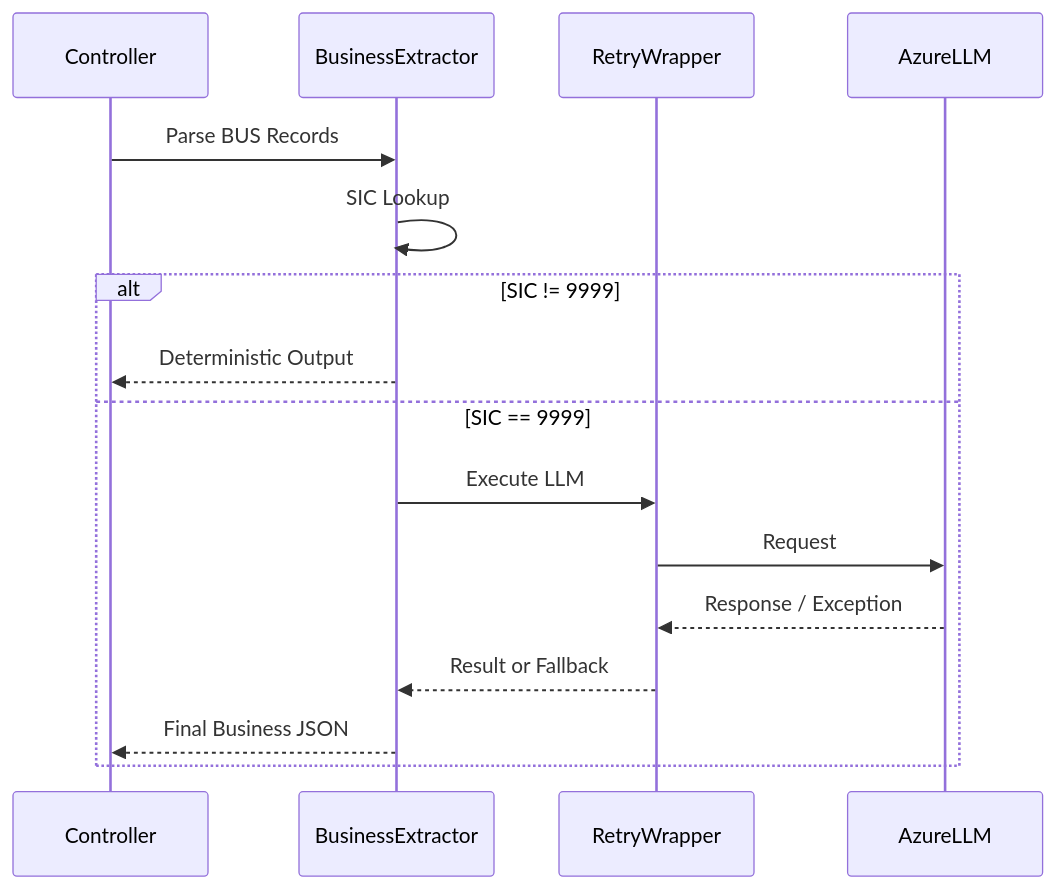
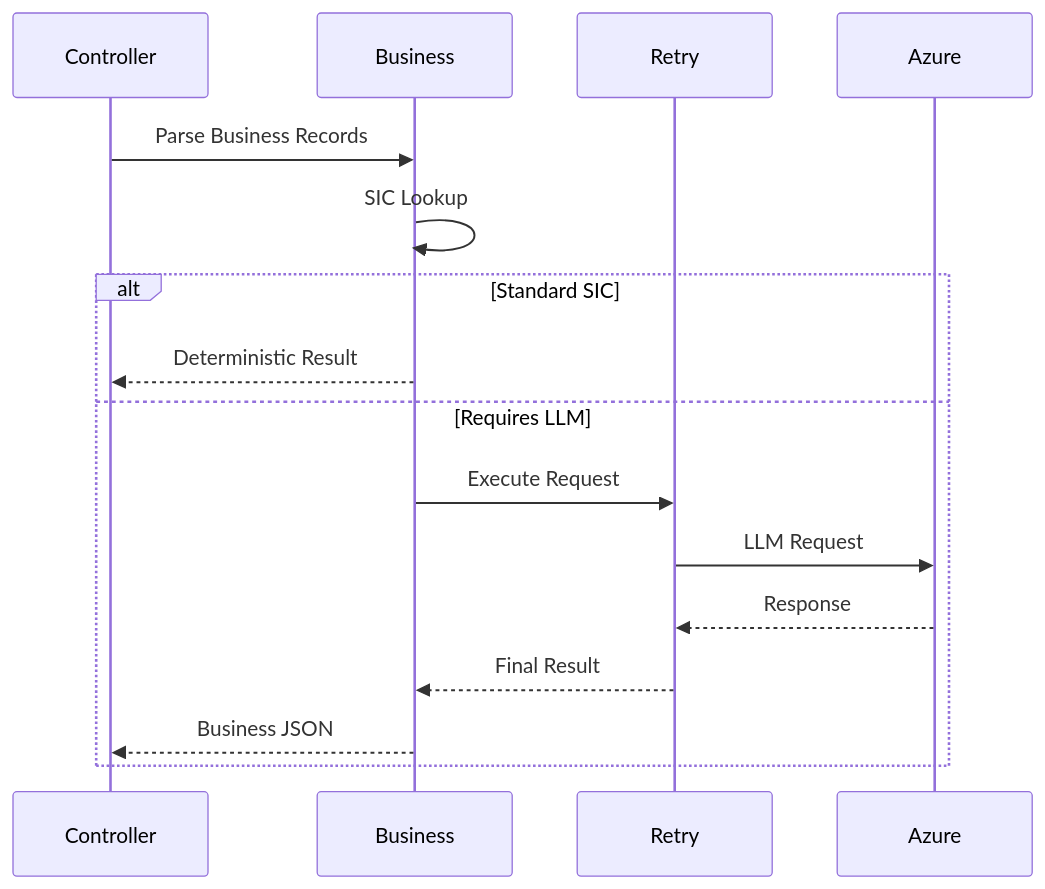
The sixth of 7 diagrams in compumark_business_detailed.md (Divyanshu-karma/learning_of_json_structures_comparision), drawn with Mermaid before and after one commit. The commit also changed other lines of this file, not shown here.

````diff
--- a/compumark_business_detailed.md
+++ b/compumark_business_detailed.md
@@ -229,19 +245,30 @@
 ```mermaid
 sequenceDiagram
-    participant Controller
-    participant BusinessExtractor
-    participant RetryWrapper
-    participant AzureLLM
 
-    Controller->>BusinessExtractor: Parse BUS Records
-    BusinessExtractor->>BusinessExtractor: SIC Lookup
-    alt SIC != 9999
-        BusinessExtractor-->>Controller: Deterministic Output
-    else SIC == 9999
-        BusinessExtractor->>RetryWrapper: Execute LLM
-        RetryWrapper->>AzureLLM: Request
-        AzureLLM-->>RetryWrapper: Response / Exception
-        RetryWrapper-->>BusinessExtractor: Result or Fallback
-        BusinessExtractor-->>Controller: Final Business JSON
-    end
+participant Controller
+participant Business
+participant Retry
+participant Azure
+
+Controller->>Business: Parse Business Records
+
+Business->>Business: SIC Lookup
+
+alt Standard SIC
+
+Business-->>Controller: Deterministic Result
+
+else Requires LLM
+
+Business->>Retry: Execute Request
+
+Retry->>Azure: LLM Request
+
+Azure-->>Retry: Response
+
+Retry-->>Business: Final Result
+
+Business-->>Controller: Business JSON
+
+end
 ```
````
